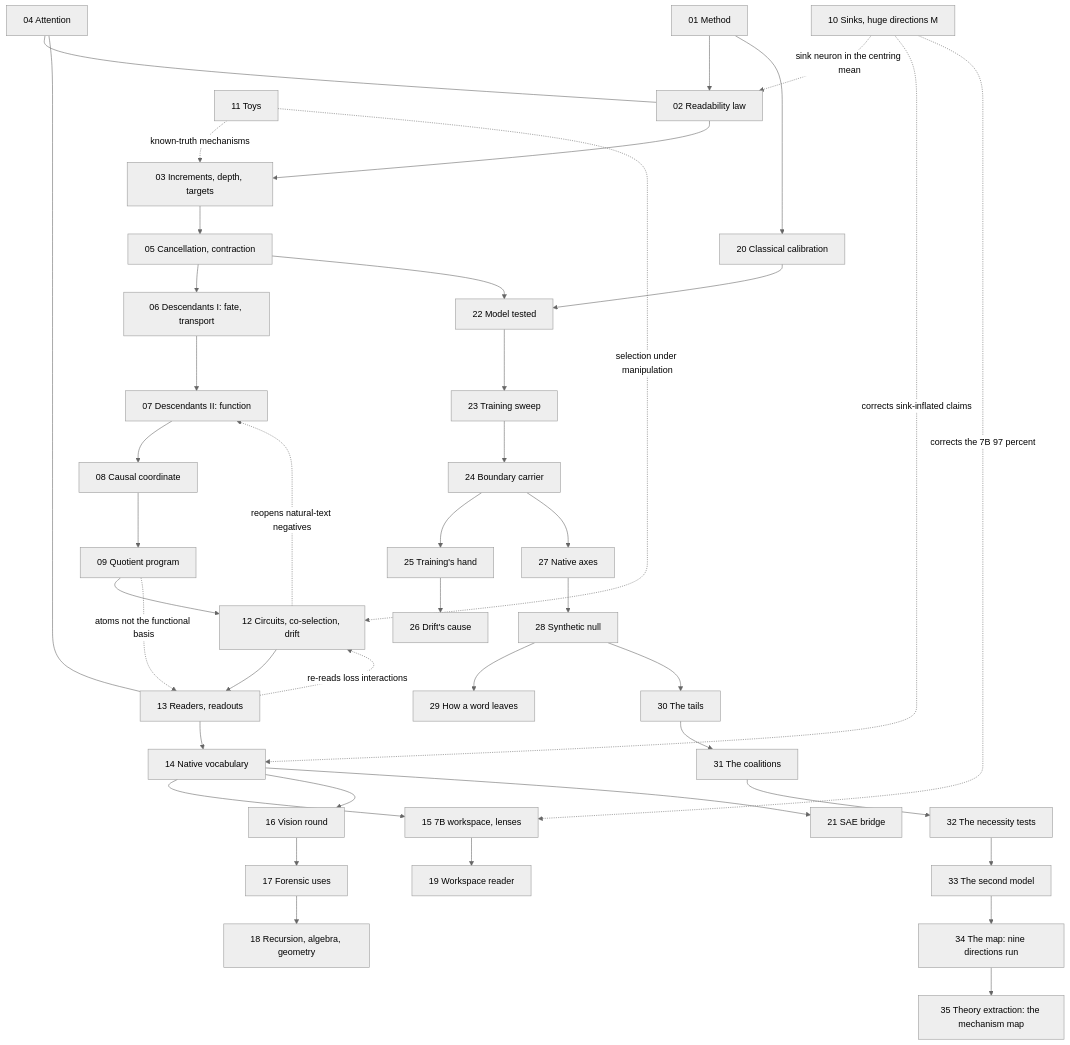
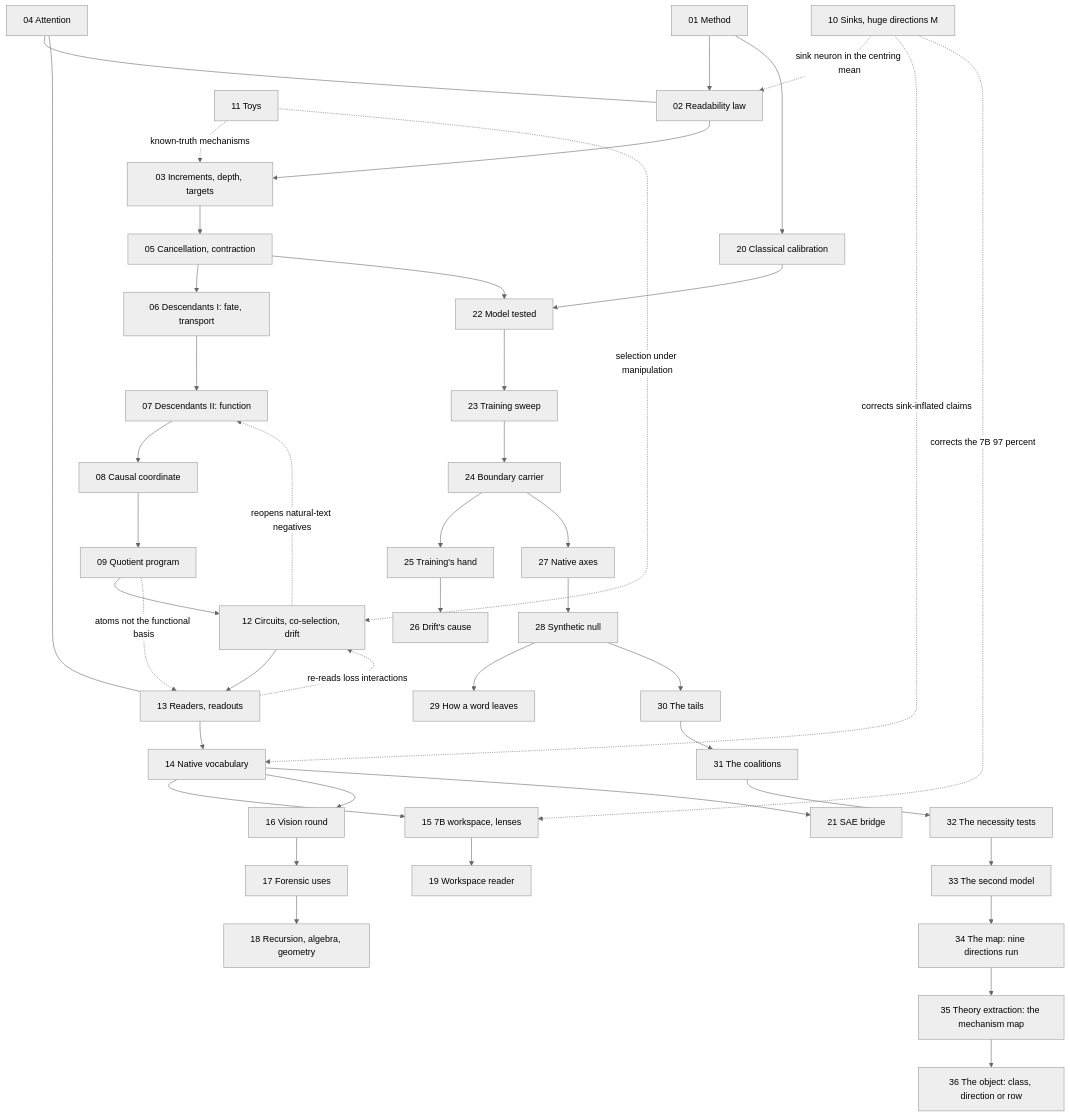
One commit to sunmoonron/wdd-descendants changed the diagram in docs/ATLAS.md. Above: the diagram before and after it, drawn with Mermaid (neutral theme). The commit also changed other lines of this file and 30 other files, not shown here.

First line of the commit message:
Phase 3bp: the object separated into class, direction and row (e573-e577, atlas area 36)

````diff
--- a/docs/ATLAS.md
+++ b/docs/ATLAS.md
@@ -86,45 +87,46 @@
 ```mermaid
 flowchart TD
   A01["01 Method"] --> A02["02 Readability law"]
   A02 --> A03["03 Increments, depth, targets"]
   A03 --> A05["05 Cancellation, contraction"]
   A05 --> A06["06 Descendants I: fate, transport"]
   A06 --> A07["07 Descendants II: function"]
   A07 --> A08["08 Causal coordinate"]
   A08 --> A09["09 Quotient program"]
   A09 --> A12["12 Circuits, co-selection, drift"]
   A12 --> A13["13 Readers, readouts"]
   A13 --> A14["14 Native vocabulary"]
   A14 --> A15["15 7B workspace, lenses"]
   A14 --> A16["16 Vision round"]
   A16 --> A17["17 Forensic uses"]
   A17 --> A18["18 Recursion, algebra, geometry"]
   A15 --> A19["19 Workspace reader"]
   A01 --> A20["20 Classical calibration"]
   A14 --> A21["21 SAE bridge"]
   A20 --> A22["22 Model tested"]
   A22 --> A23["23 Training sweep"]
   A23 --> A24["24 Boundary carrier"]
   A24 --> A25["25 Training's hand"]
   A25 --> A26["26 Drift's cause"]
   A24 --> A27["27 Native axes"]
   A27 --> A28["28 Synthetic null"]
   A28 --> A29["29 How a word leaves"]
   A28 --> A30["30 The tails"]
   A30 --> A31["31 The coalitions"]
   A31 --> A32["32 The necessity tests"]
   A32 --> A33["33 The second model"]
   A33 --> A34["34 The map: nine directions run"]
   A34 --> A35["35 Theory extraction: the mechanism map"]
+  A35 --> A36["36 The object: class, direction or row"]
   A05 --> A22
   A04["04 Attention"] --- A02
   A04 --- A13
   A10["10 Sinks, huge directions M"] -.->|sink neuron in the centring mean| A02
   A10 -.->|corrects sink-inflated claims| A14
   A10 -.->|corrects the 7B 97 percent| A15
   A11["11 Toys"] -.->|known-truth mechanisms| A03
   A11 -.->|selection under manipulation| A12
   A12 -.->|reopens natural-text negatives| A07
   A13 -.->|re-reads loss interactions| A12
   A09 -.->|atoms not the functional basis| A13
 ```
````
